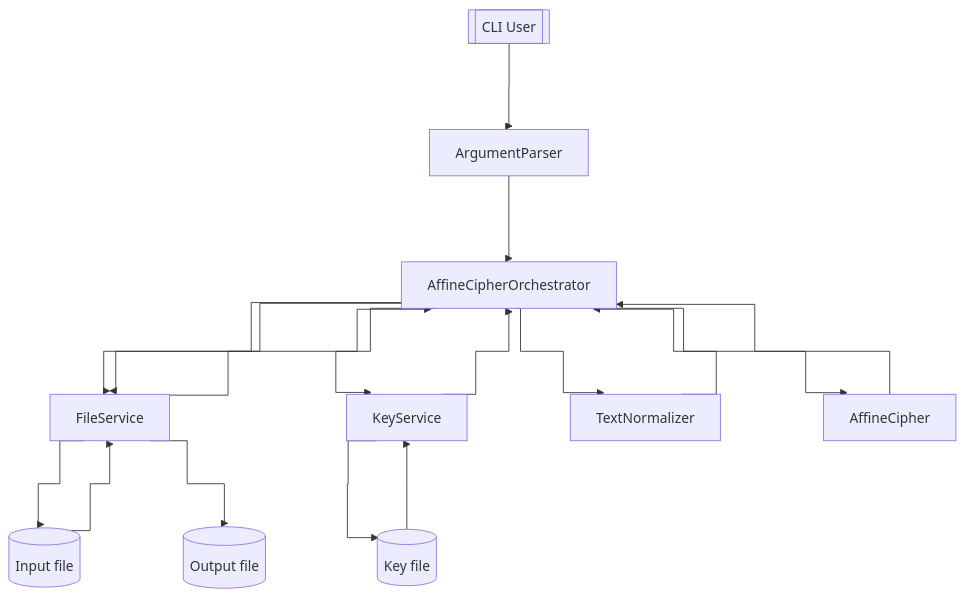
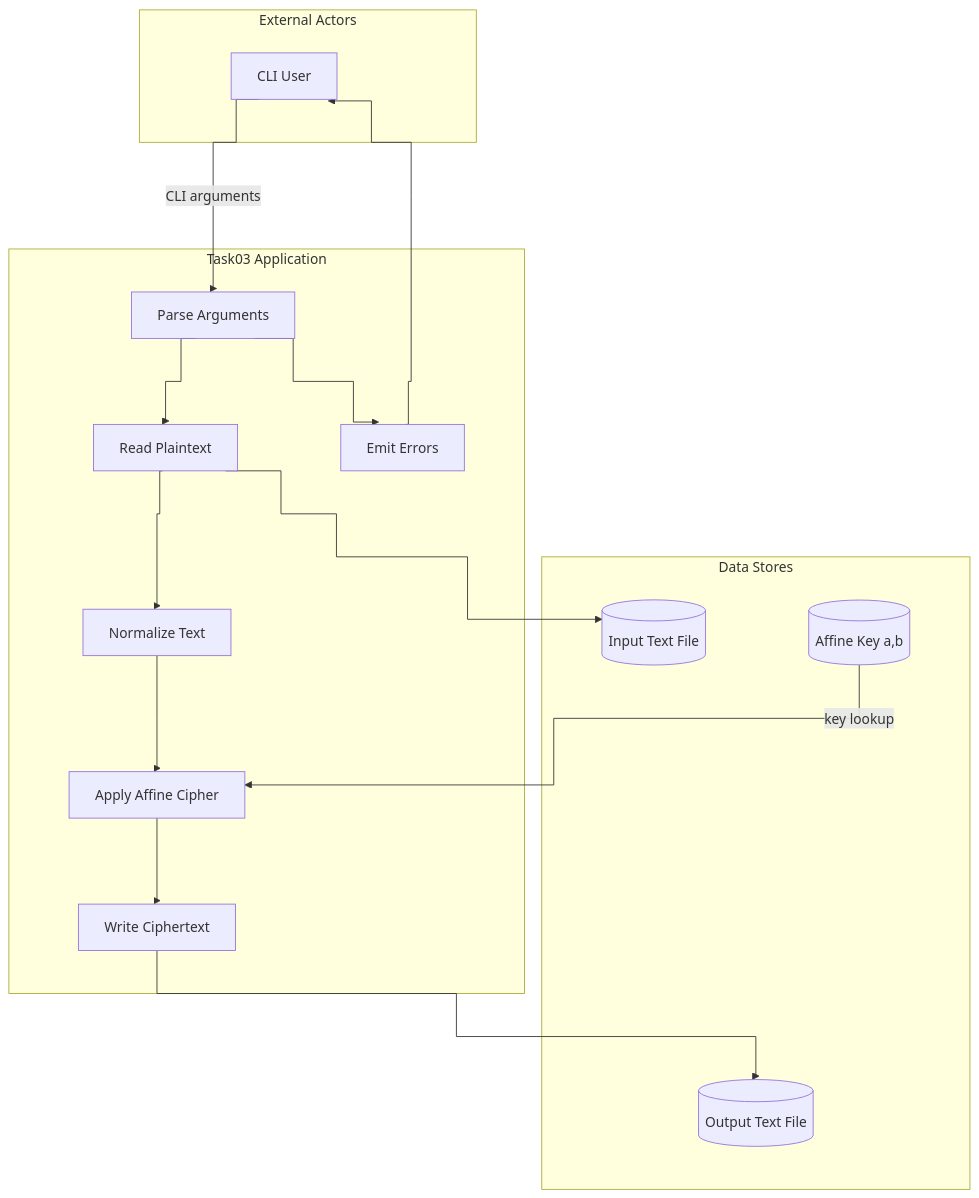
The third of 4 diagrams in Lab02/KIK_1ID24B_LAB2_FUDALA_KAMIL_SZCZYTYŃSKI_ANDRZEJ.md (FreakyF/Cryptography-And-Cryptanalysis), drawn with Mermaid before and after one commit. The commit also changed other lines of this file, not shown here.

Commit message:
Fix mermaid diagrams to use ones from Lab02 instead of Lab01.

````diff
--- a/Lab02/KIK_1ID24B_LAB2_FUDALA_KAMIL_SZCZYTYŃSKI_ANDRZEJ.md
+++ b/Lab02/KIK_1ID24B_LAB2_FUDALA_KAMIL_SZCZYTYŃSKI_ANDRZEJ.md
@@ -1566,36 +1550,30 @@
 ```mermaid
 %%{init: {
   "flowchart": { "curve":"step", "nodeSpacing": 120, "rankSpacing": 100 }
 }}%%
 flowchart TD
-    user[["CLI User"]]
-    parser["ArgumentParser"]
-    orchestrator["AffineCipherOrchestrator"]
-    fileService["FileService"]
-    keyService["KeyService"]
-    normalizer["TextNormalizer"]
-    cipher["AffineCipher"]
-    inputFile[("Input file")]
-    keyFile[("Key file")]
-    outputFile[("Output file")]
+  subgraph External Actors
+        User[CLI User]
+    end
 
-    user --> parser --> orchestrator
+    subgraph Data Stores
+        Input[(Input Text File)]
+        Key[(Affine Key a,b)]
+        Output[(Output Text File)]
+    end
 
-    orchestrator --> fileService
-    fileService --> inputFile
-    inputFile --> fileService
-    fileService --> orchestrator
+    subgraph Process["Task03 Application"]
+        Args[Parse Arguments]
+        Load[Read Plaintext]
+        Normalize[Normalize Text]
+        Encrypt[Apply Affine Cipher]
+        Save[Write Ciphertext]
+        Report[Emit Errors]
+    end
 
-    orchestrator --> normalizer --> orchestrator
-
-    orchestrator --> keyService
-    keyService --> keyFile
-    keyFile --> keyService
-    keyService --> orchestrator
-
-    orchestrator --> cipher
-    cipher --> orchestrator
-
-    orchestrator --> fileService
-    fileService --> outputFile
+    User -->|CLI arguments| Args
+    Args --> Load --> Normalize --> Encrypt --> Save --> Output
+    Key -->|key lookup| Encrypt
+    Load --> Input
+    Args --> Report --> User
 ```
````
